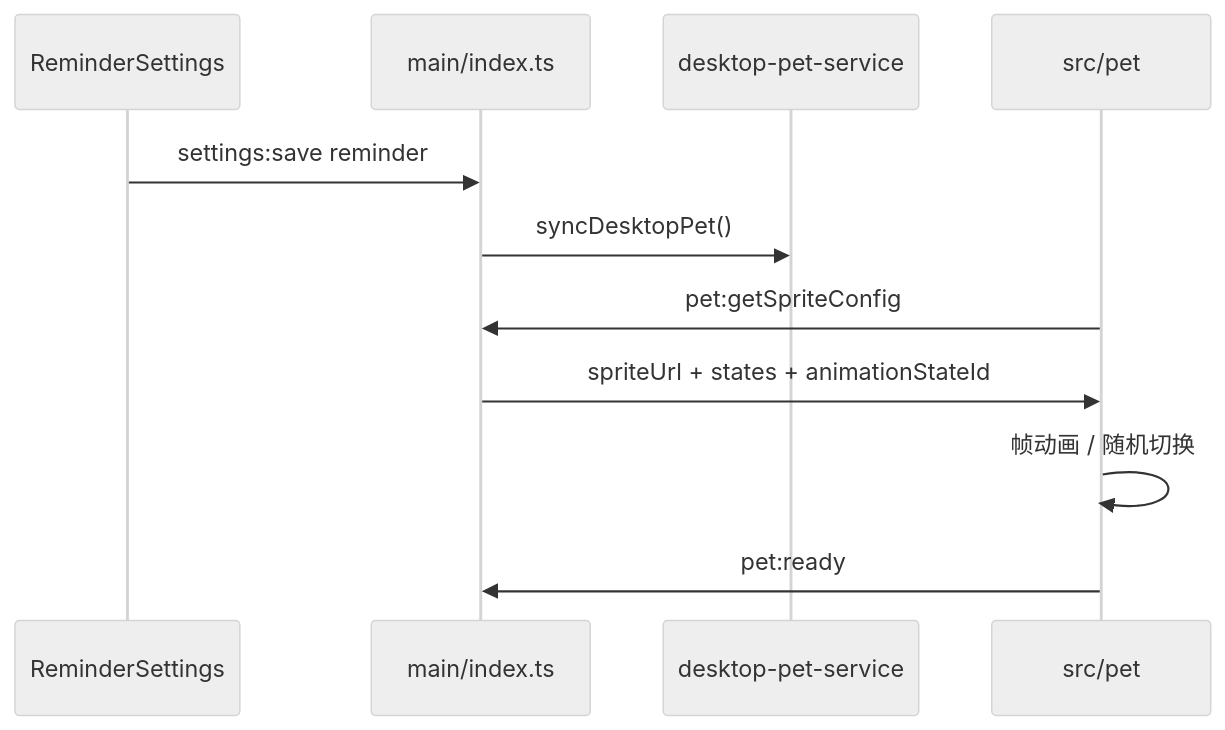
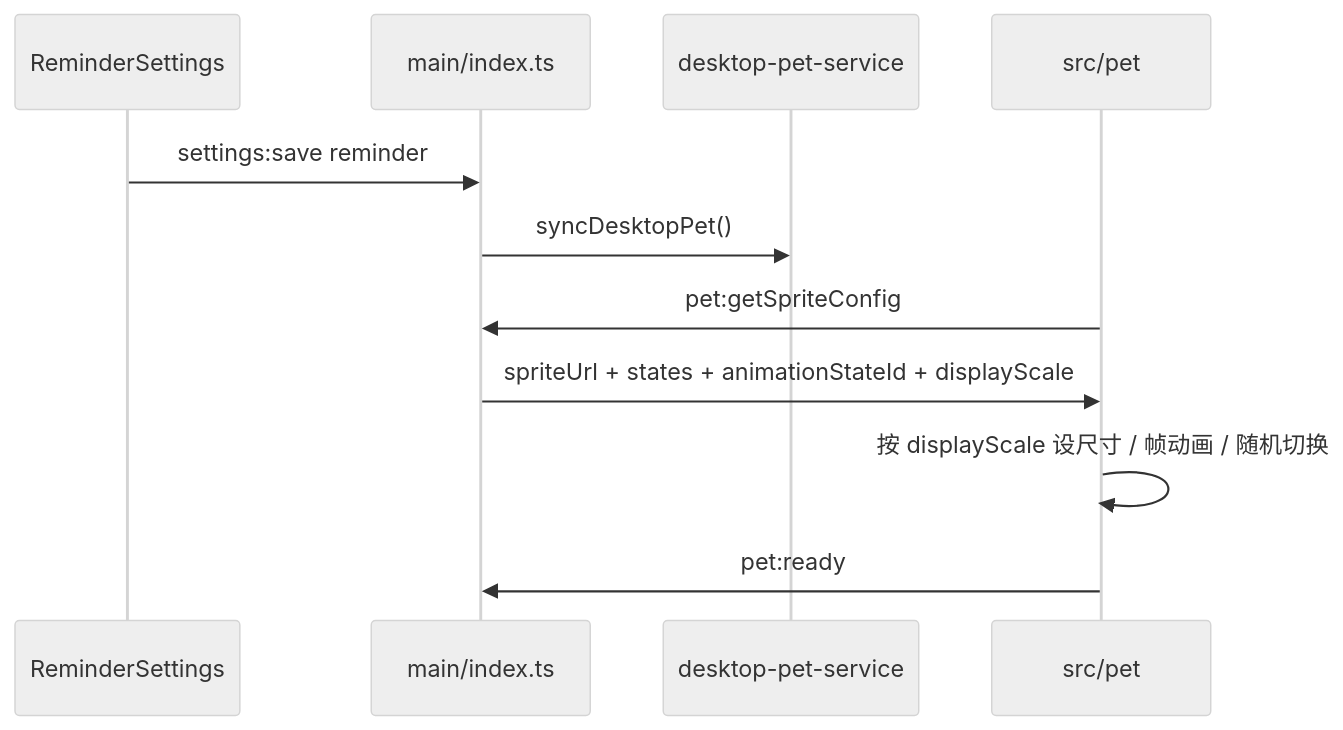
Before and after one commit to Landers1037/NioZy: the second of 4 diagrams in docs/功能宠物.md, drawn with Mermaid (neutral theme). The commit also changed other lines of this file and 14 other files, not shown here.

````diff
--- a/docs/功能宠物.md
+++ b/docs/功能宠物.md
@@ -53,14 +54,14 @@
 ```mermaid
 sequenceDiagram
   participant Set as ReminderSettings
   participant Main as main/index.ts
   participant Svc as desktop-pet-service
   participant Pet as src/pet
 
   Set->>Main: settings:save reminder
   Main->>Svc: syncDesktopPet()
   Pet->>Main: pet:getSpriteConfig
-  Main->>Pet: spriteUrl + states + animationStateId
-  Pet->>Pet: 帧动画 / 随机切换
+  Main->>Pet: spriteUrl + states + animationStateId + displayScale
+  Pet->>Pet: 按 displayScale 设尺寸 / 帧动画 / 随机切换
   Pet->>Main: pet:ready
 ```
````
